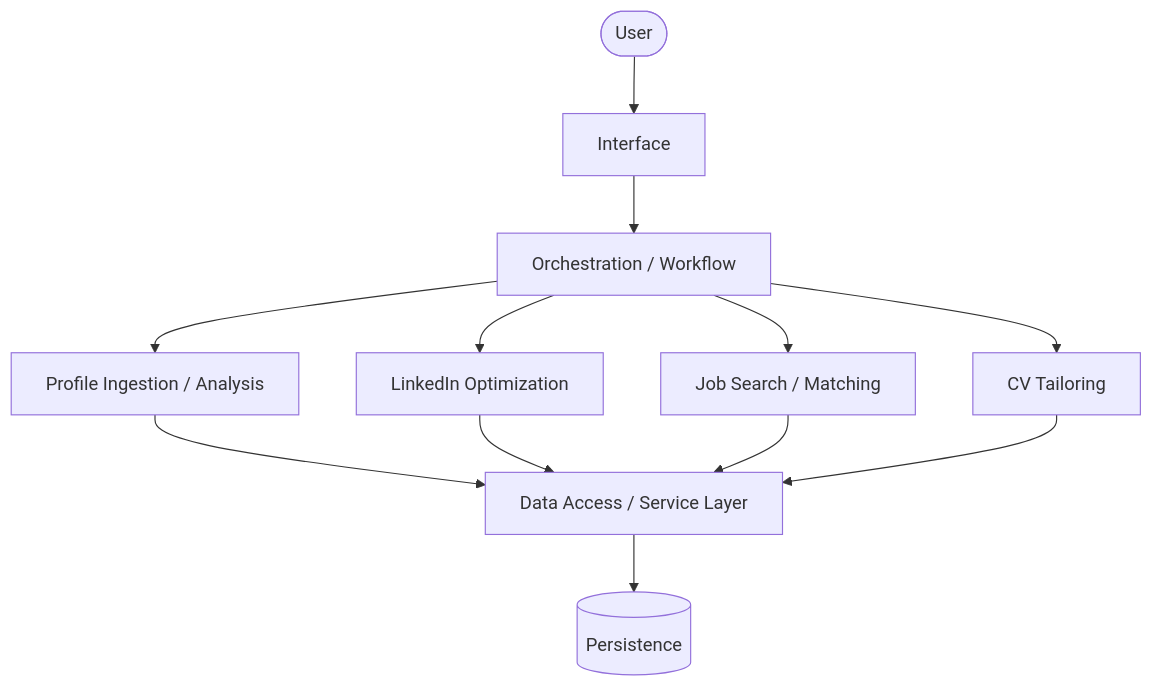
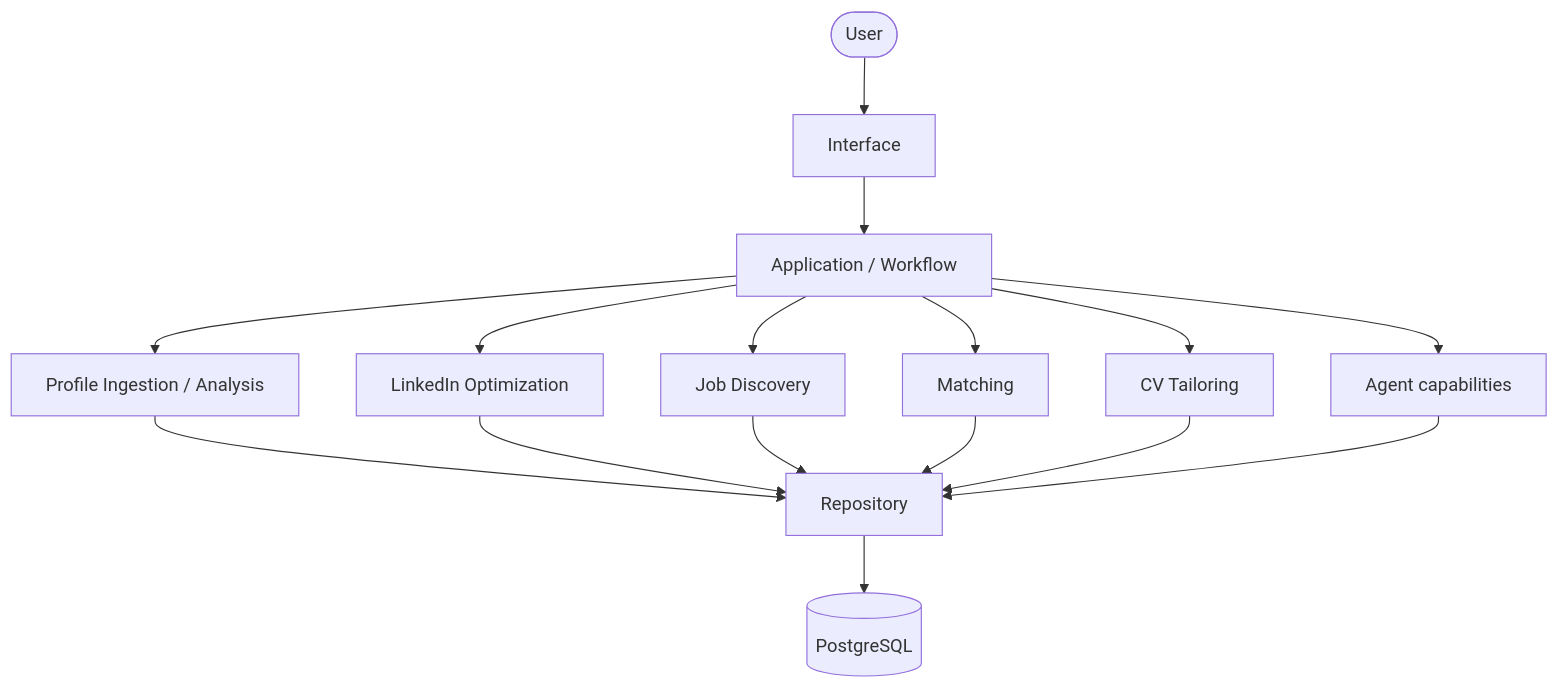
The fourth of 8 diagrams in docs/architecture/overview.md (shira-ozana/career-ai), drawn with Mermaid before and after one commit. The commit also changed other lines of this file and 16 other files, not shown here.

Commit message:
Align architecture docs with modular-monolith and catalog-first Job Search decisions.

````diff
--- a/docs/architecture/overview.md
+++ b/docs/architecture/overview.md
@@ -55,16 +253,20 @@
 ```mermaid
 flowchart TB
     User([User]) --> Interface[Interface]
-    Interface --> Orch[Orchestration / Workflow]
+    Interface --> AppLayer[Application / Workflow]
 
-    Orch --> Ingest[Profile Ingestion / Analysis]
-    Orch --> LI[LinkedIn Optimization]
-    Orch --> Jobs[Job Search / Matching]
-    Orch --> CV[CV Tailoring]
+    AppLayer --> Ingest[Profile Ingestion / Analysis]
+    AppLayer --> LI[LinkedIn Optimization]
+    AppLayer --> Discover[Job Discovery]
+    AppLayer --> Match[Matching]
+    AppLayer --> CV[CV Tailoring]
 
-    Ingest --> DAL[Data Access / Service Layer]
-    LI --> DAL
-    Jobs --> DAL
-    CV --> DAL
-    DAL --> Store[(Persistence)]
+    Ingest --> Repo2[Repository]
+    LI --> Repo2
+    Discover --> Repo2
+    Match --> Repo2
+    CV --> Repo2
+    AppLayer --> Agents2[Agent capabilities]
+    Agents2 --> Repo2
+    Repo2 --> Store[(PostgreSQL)]
 ```
````
